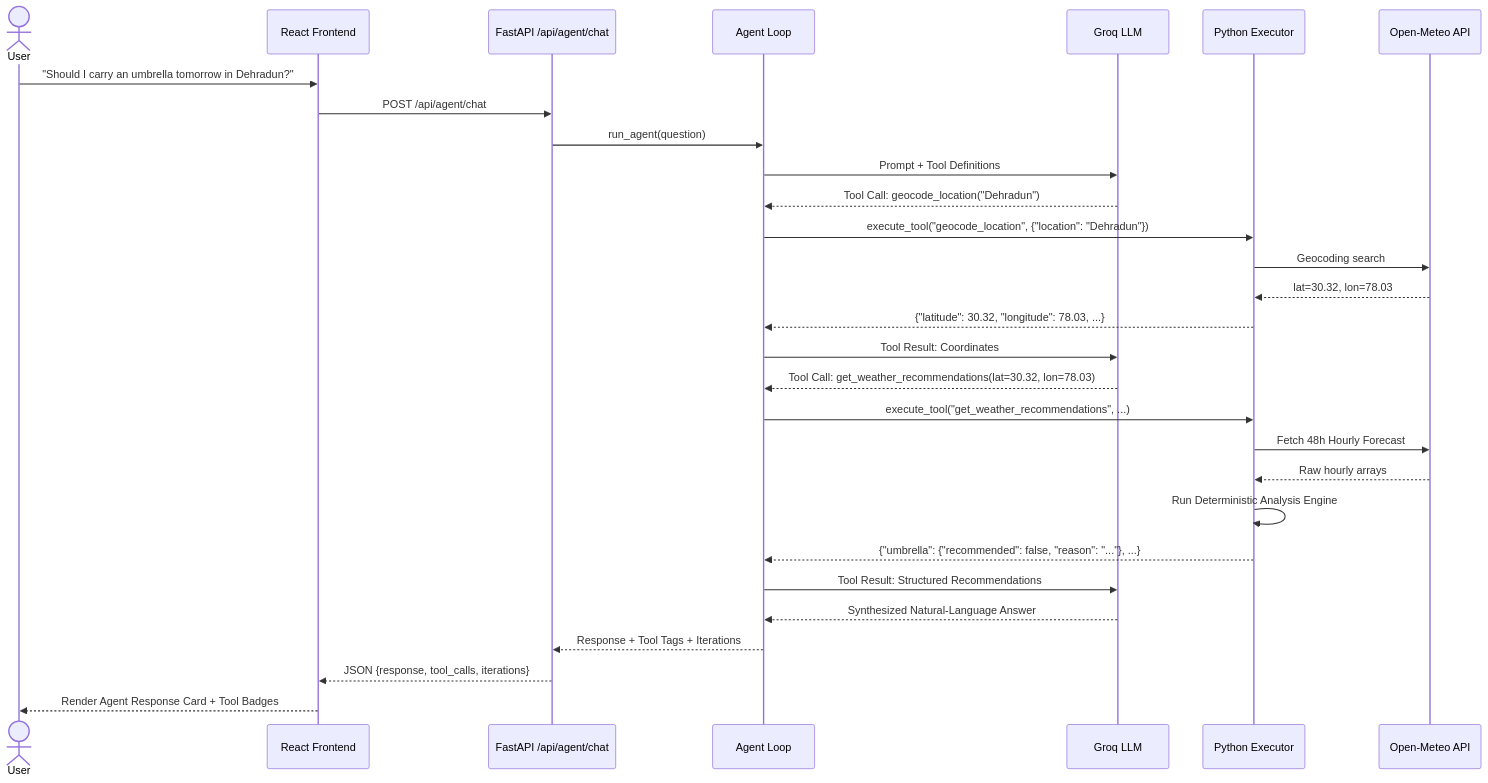
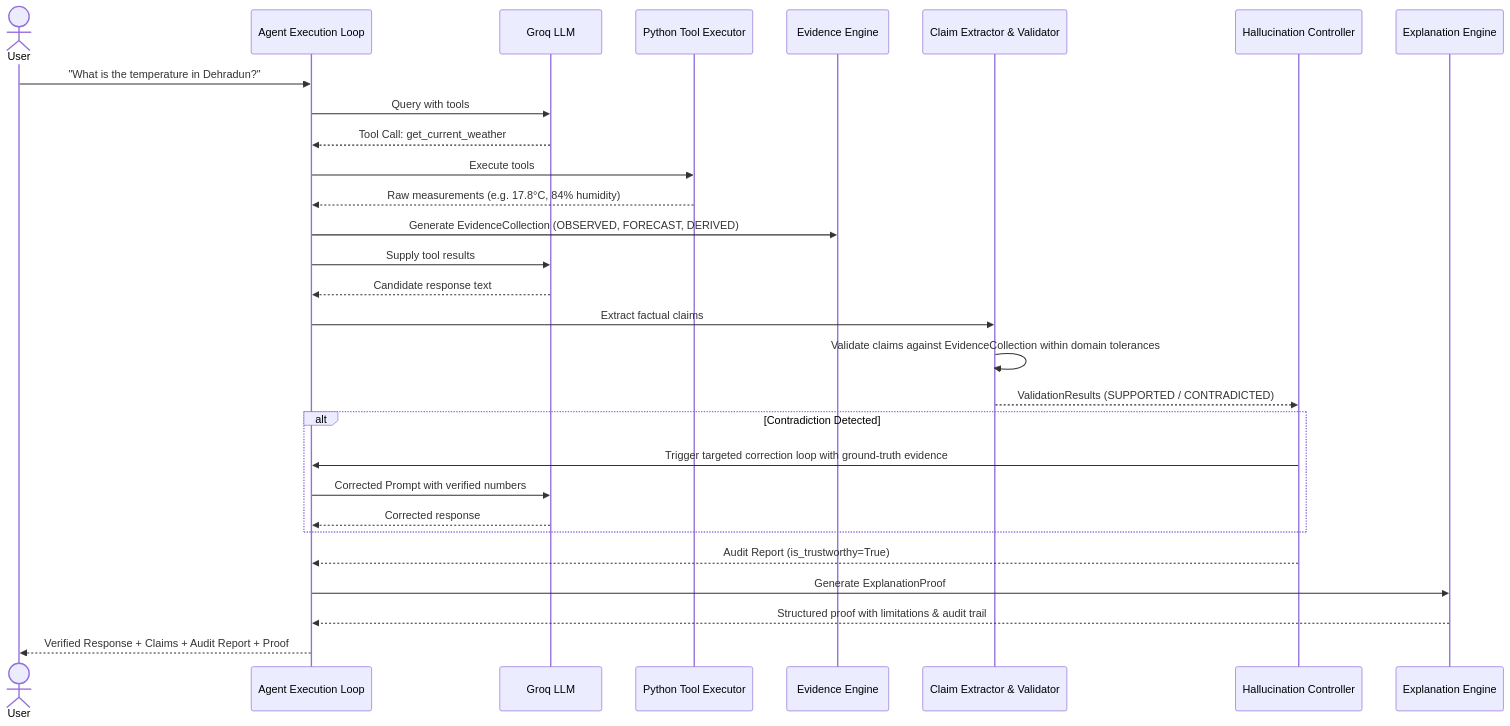
One commit to TaruneshM/Sky-Reader changed the second of 2 diagrams in README.md. Above: the diagram before and after it, drawn with Mermaid. The commit also changed other lines of this file and 30 other files, not shown here.

````diff
--- a/README.md
+++ b/README.md
@@ -61,32 +98,32 @@
 ```mermaid
 sequenceDiagram
     actor User
-    participant UI as React Frontend
-    participant API as FastAPI /api/agent/chat
-    participant Agent as Agent Loop
+    participant Agent as Agent Execution Loop
     participant Groq as Groq LLM
-    participant Exec as Python Executor
-    participant Met as Open-Meteo API
+    participant Exec as Python Tool Executor
+    participant EvEngine as Evidence Engine
+    participant Val as Claim Extractor & Validator
+    participant Ctrl as Hallucination Controller
+    participant Expl as Explanation Engine
 
-    User->>UI: "Should I carry an umbrella tomorrow in Dehradun?"
-    UI->>API: POST /api/agent/chat
-    API->>Agent: run_agent(question)
-    Agent->>Groq: Prompt + Tool Definitions
-    Groq-->>Agent: Tool Call: geocode_location("Dehradun")
-    Agent->>Exec: execute_tool("geocode_location", {"location": "Dehradun"})
-    Exec->>Met: Geocoding search
-    Met-->>Exec: lat=30.32, lon=78.03
-    Exec-->>Agent: {"latitude": 30.32, "longitude": 78.03, ...}
-    Agent->>Groq: Tool Result: Coordinates
-    Groq-->>Agent: Tool Call: get_weather_recommendations(lat=30.32, lon=78.03)
-    Agent->>Exec: execute_tool("get_weather_recommendations", ...)
-    Exec->>Met: Fetch 48h Hourly Forecast
-    Met-->>Exec: Raw hourly arrays
-    Exec->>Exec: Run Deterministic Analysis Engine
-    Exec-->>Agent: {"umbrella": {"recommended": false, "reason": "..."}, ...}
-    Agent->>Groq: Tool Result: Structured Recommendations
-    Groq-->>Agent: Synthesized Natural-Language Answer
-    Agent-->>API: Response + Tool Tags + Iterations
-    API-->>UI: JSON {response, tool_calls, iterations}
-    UI-->>User: Render Agent Response Card + Tool Badges
+    User->>Agent: "What is the temperature in Dehradun?"
+    Agent->>Groq: Query with tools
+    Groq-->>Agent: Tool Call: get_current_weather
+    Agent->>Exec: Execute tools
+    Exec-->>Agent: Raw measurements (e.g. 17.8°C, 84% humidity)
+    Agent->>EvEngine: Generate EvidenceCollection (OBSERVED, FORECAST, DERIVED)
+    Agent->>Groq: Supply tool results
+    Groq-->>Agent: Candidate response text
+    Agent->>Val: Extract factual claims
+    Val->>Val: Validate claims against EvidenceCollection within domain tolerances
+    Val-->>Ctrl: ValidationResults (SUPPORTED / CONTRADICTED)
+    alt Contradiction Detected
+        Ctrl->>Agent: Trigger targeted correction loop with ground-truth evidence
+        Agent->>Groq: Corrected Prompt with verified numbers
+        Groq-->>Agent: Corrected response
+    end
+    Ctrl-->>Agent: Audit Report (is_trustworthy=True)
+    Agent->>Expl: Generate ExplanationProof
+    Expl-->>Agent: Structured proof with limitations & audit trail
+    Agent-->>User: Verified Response + Claims + Audit Report + Proof
 ```
````
